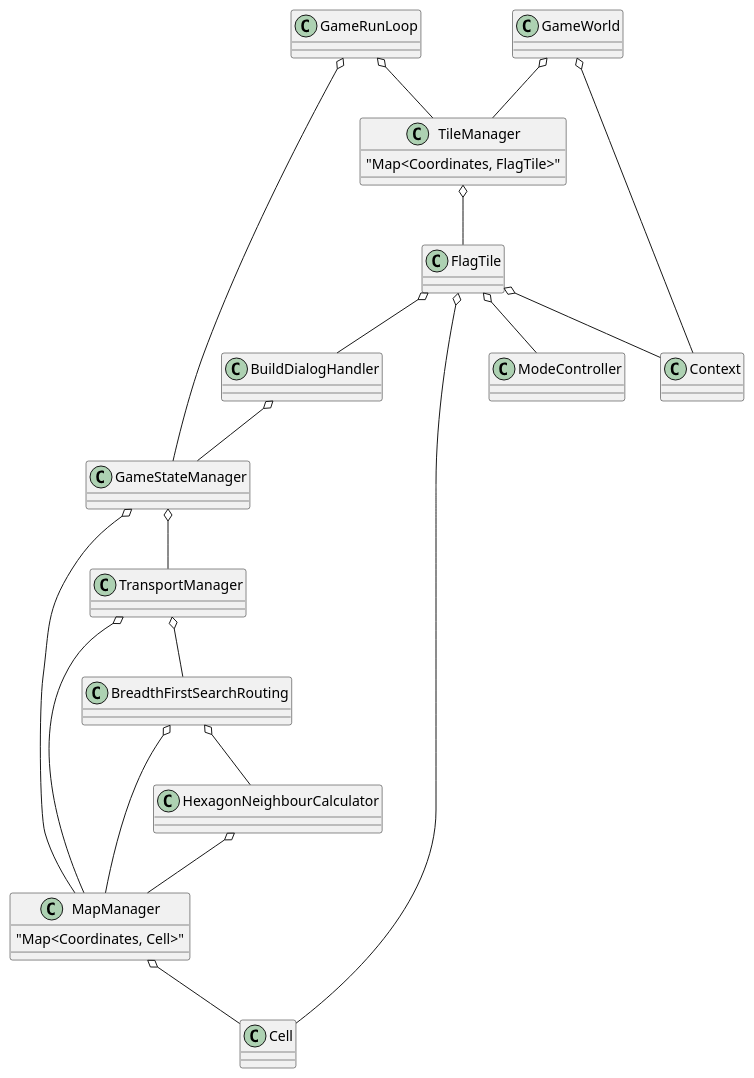
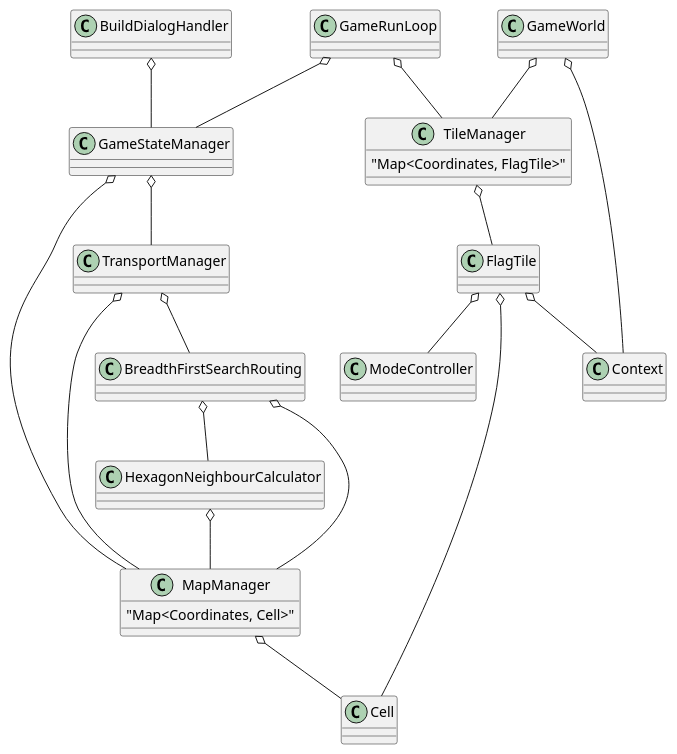
One commit to Ti-m/TownshipSurvival changed the diagram in Overview.puml. Above: the diagram before and after it, drawn with PlantUML. The commit also changed 7 other files, not shown here.

Commit message:
Refactor BuildDialog to remove field injection which conflicts with recreation from bundles

```diff
--- a/Overview.puml
+++ b/Overview.puml
@@ -1,35 +1,34 @@
 @startuml
 GameRunLoop o-- GameStateManager
 GameRunLoop o-- TileManager
 
 GameStateManager o-- MapManager
 GameStateManager o-- TransportManager
 
 TransportManager o-- MapManager
 TransportManager o-- BreadthFirstSearchRouting
 
 HexagonNeighbourCalculator o-- MapManager
 
 BreadthFirstSearchRouting o-- MapManager
 BreadthFirstSearchRouting o-- HexagonNeighbourCalculator
 
 BuildDialogHandler o-- GameStateManager
 
 GameWorld o-- Context
 GameWorld o-- TileManager
 
 class TileManager {
     "Map<Coordinates, FlagTile>"
 }
 TileManager o-- FlagTile
 
 class MapManager {
     "Map<Coordinates, Cell>"
 }
 MapManager o-- Cell
 
 FlagTile o-- Cell
-FlagTile o-- BuildDialogHandler
 FlagTile o-- ModeController
 FlagTile o-- Context
 @enduml
```
